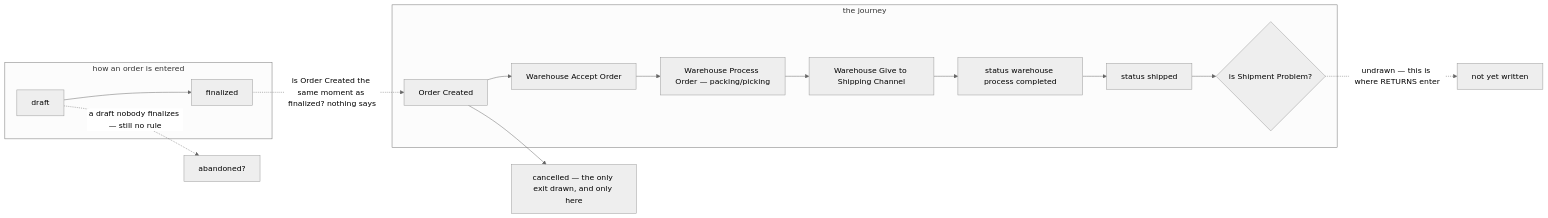
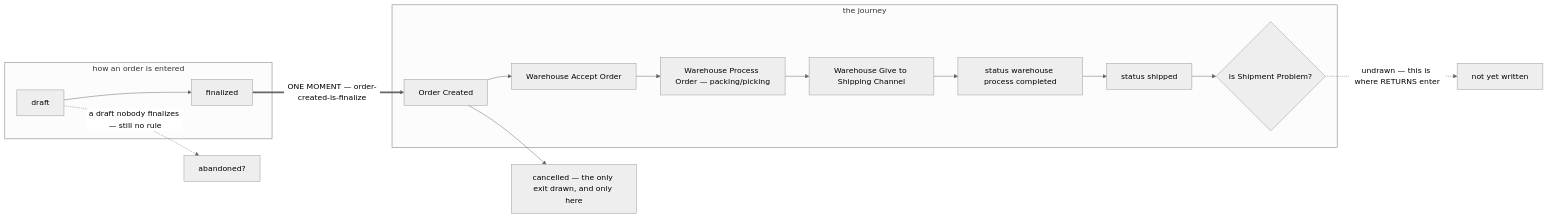
The second of 5 diagrams in docs/business/order/context_clarify.md (pdcgo/warehouse_revamp), drawn with Mermaid (neutral theme) before and after one commit. The commit also changed other lines of this file and 10 other files, not shown here.

````diff
--- a/docs/business/order/context_clarify.md
+++ b/docs/business/order/context_clarify.md
@@ -87,18 +161,18 @@
 ```mermaid
 flowchart LR
   subgraph "how an order is entered"
     D["draft"] --> F["finalized"]
   end
   subgraph "the journey"
     C["Order Created"] --> A["Warehouse Accept Order"]
     A --> P["Warehouse Process Order — packing/picking"]
     P --> G["Warehouse Give to Shipping Channel"]
     G --> W["status warehouse process completed"]
     W --> S["status shipped"]
     S --> Q{"is Shipment Problem?"}
   end
-  F -.->|"is Order Created the same moment as finalized? nothing says"| C
+  F ==>|"ONE MOMENT — order-created-is-finalize"| C
   C --> X["cancelled — the only exit drawn, and only here"]
   Q -.->|"undrawn — this is where RETURNS enter"| Z["not yet written"]
   D -.->|"a draft nobody finalizes — still no rule"| Y["abandoned?"]
 ```
````
